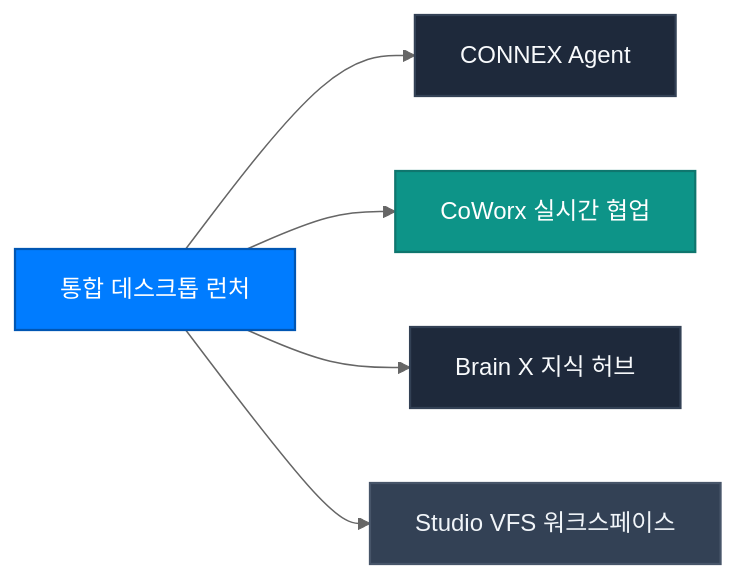
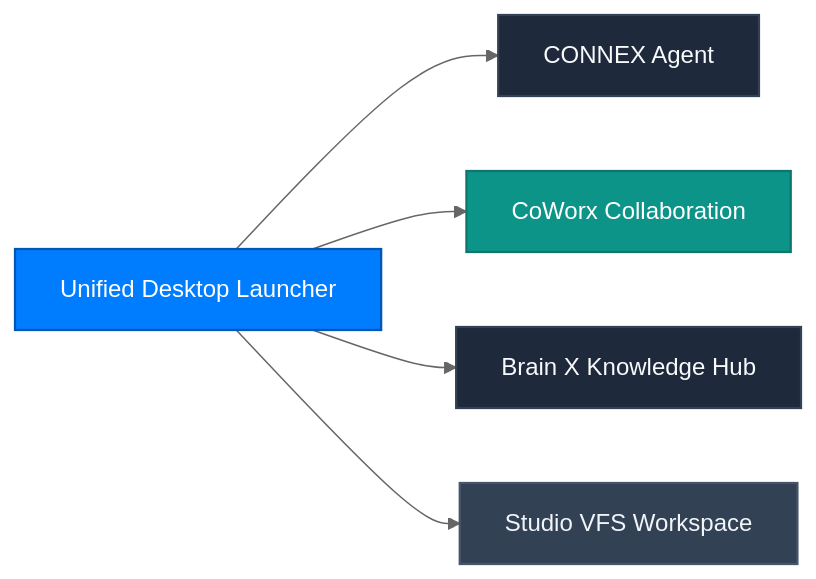
Before and after one commit to Connex-Brothers-Consulting-Group/cbcg-hs-connex-docs: the diagram in guide/workspace/manual.mdx, drawn with Mermaid (neutral theme). The commit also changed other lines of this file and 30 other files, not shown here.

````diff
--- a/guide/workspace/manual.mdx
+++ b/guide/workspace/manual.mdx
@@ -9,12 +9,12 @@
 ```mermaid
 graph LR
     classDef primary fill:#007CFF,stroke:#0056B3,stroke-width:1.5px,color:#FFFFFF;
     classDef enterprise fill:#1E293B,stroke:#334155,stroke-width:1.5px,color:#F8FAFC;
     classDef accent fill:#0D9488,stroke:#0F766E,stroke-width:1.5px,color:#FFFFFF;
     classDef storage fill:#334155,stroke:#475569,stroke-width:1.5px,color:#F1F5F9;
 
-    Desk["통합 데스크톱 런처"]:::primary --> Agent["CONNEX Agent"]:::enterprise
-    Desk --> Coworx["CoWorx 실시간 협업"]:::accent
-    Desk --> Brains["Brain X 지식 허브"]:::enterprise
-    Desk --> Studio["Studio VFS 워크스페이스"]:::storage
+    Desk["Unified Desktop Launcher"]:::primary --> Agent["CONNEX Agent"]:::enterprise
+    Desk --> Coworx["CoWorx Collaboration"]:::accent
+    Desk --> Brains["Brain X Knowledge Hub"]:::enterprise
+    Desk --> Studio["Studio VFS Workspace"]:::storage
 ```
````
